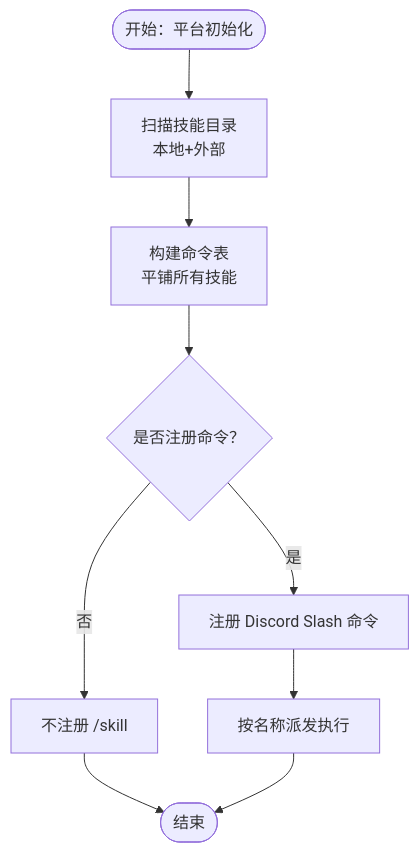
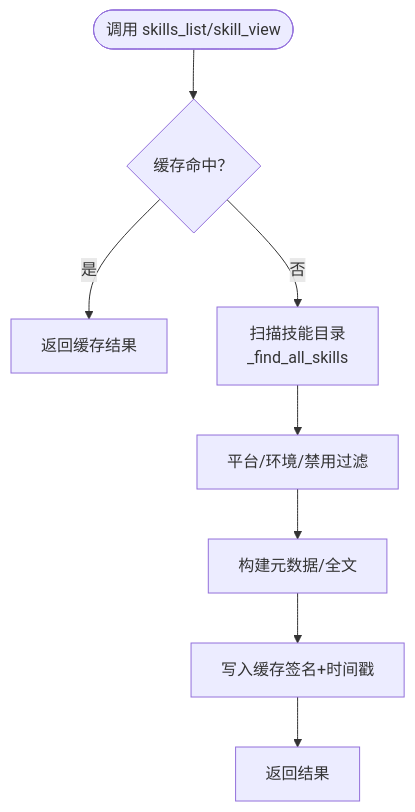
One commit to haolange/hermes-agent changed the fifth of 7 diagrams in .qoder/repowiki/zh/content/技能系统/技能系统.md. Above: the diagram before and after it, drawn with Mermaid. The commit also changed other lines of this file and 1206 other files, not shown here.

````diff
--- a/.qoder/repowiki/zh/content/技能系统/技能系统.md
+++ b/.qoder/repowiki/zh/content/技能系统/技能系统.md
@@ -172,11 +214,10 @@
 ```mermaid
 flowchart TD
-Start(["开始：平台初始化"]) --> Scan["扫描技能目录<br/>本地+外部"]
-Scan --> BuildCmd["构建命令表<br/>平铺所有技能"]
-BuildCmd --> Register{"是否注册命令？"}
-Register --> |否| NoCmd["不注册 /skill"]
-Register --> |是| Discord["注册 Discord Slash 命令"]
-Discord --> Dispatch["按名称派发执行"]
-NoCmd --> End(["结束"])
-Dispatch --> End
+Call(["调用 skills_list/skill_view"]) --> CacheCheck{"缓存命中？"}
+CacheCheck -- 是 --> ReturnCached["返回缓存结果"]
+CacheCheck -- 否 --> Scan["扫描技能目录<br/>_find_all_skills"]
+Scan --> Filter["平台/环境/禁用过滤"]
+Filter --> Build["构建元数据/全文"]
+Build --> UpdateCache["写入缓存签名+时间戳"]
+UpdateCache --> Return["返回结果"]
 ```
````
